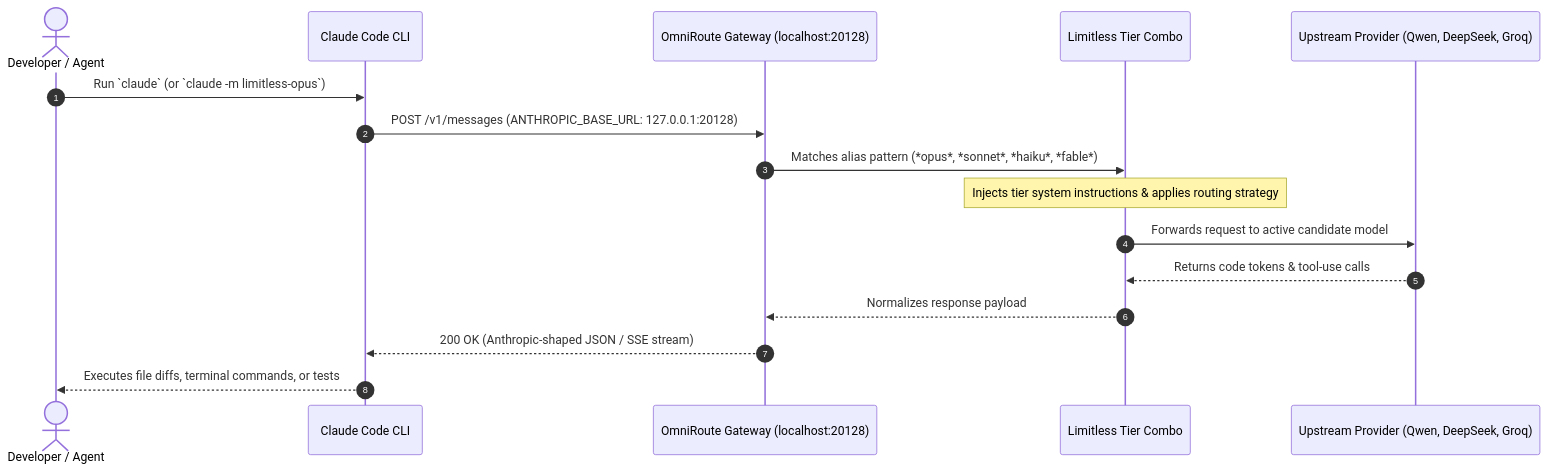
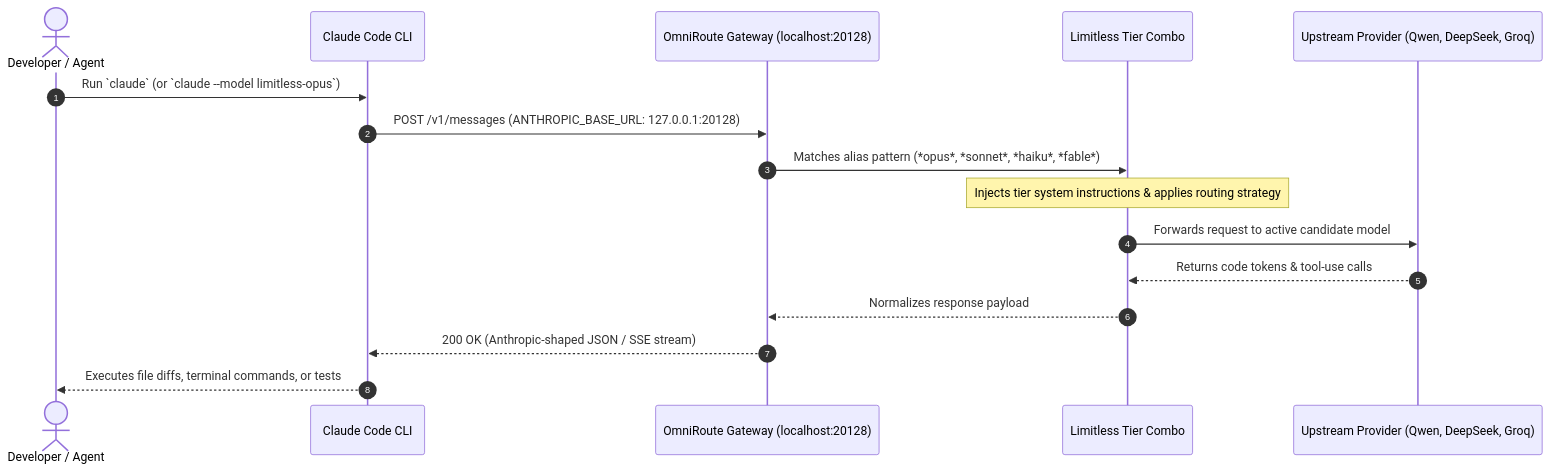
Before and after one commit to mahik504/limitless-claude: the second of 2 diagrams in README.md, drawn with Mermaid. The commit also changed other lines of this file and 9 other files, not shown here.

````diff
--- a/README.md
+++ b/README.md
@@ -77,19 +77,19 @@
 ```mermaid
 sequenceDiagram
     autonumber
     actor Dev as Developer / Agent
     participant CC as Claude Code CLI
     participant OR as OmniRoute Gateway (localhost:20128)
     participant Tier as Limitless Tier Combo
     participant Upstream as Upstream Provider (Qwen, DeepSeek, Groq)
 
-    Dev->>CC: Run `claude` (or `claude -m limitless-opus`)
+    Dev->>CC: Run `claude` (or `claude --model limitless-opus`)
     CC->>OR: POST /v1/messages (ANTHROPIC_BASE_URL: 127.0.0.1:20128)
     OR->>Tier: Matches alias pattern (*opus*, *sonnet*, *haiku*, *fable*)
     Note over Tier: Injects tier system instructions & applies routing strategy
     Tier->>Upstream: Forwards request to active candidate model
     Upstream-->>Tier: Returns code tokens & tool-use calls
     Tier-->>OR: Normalizes response payload
     OR-->>CC: 200 OK (Anthropic-shaped JSON / SSE stream)
     CC-->>Dev: Executes file diffs, terminal commands, or tests
 ```
````
